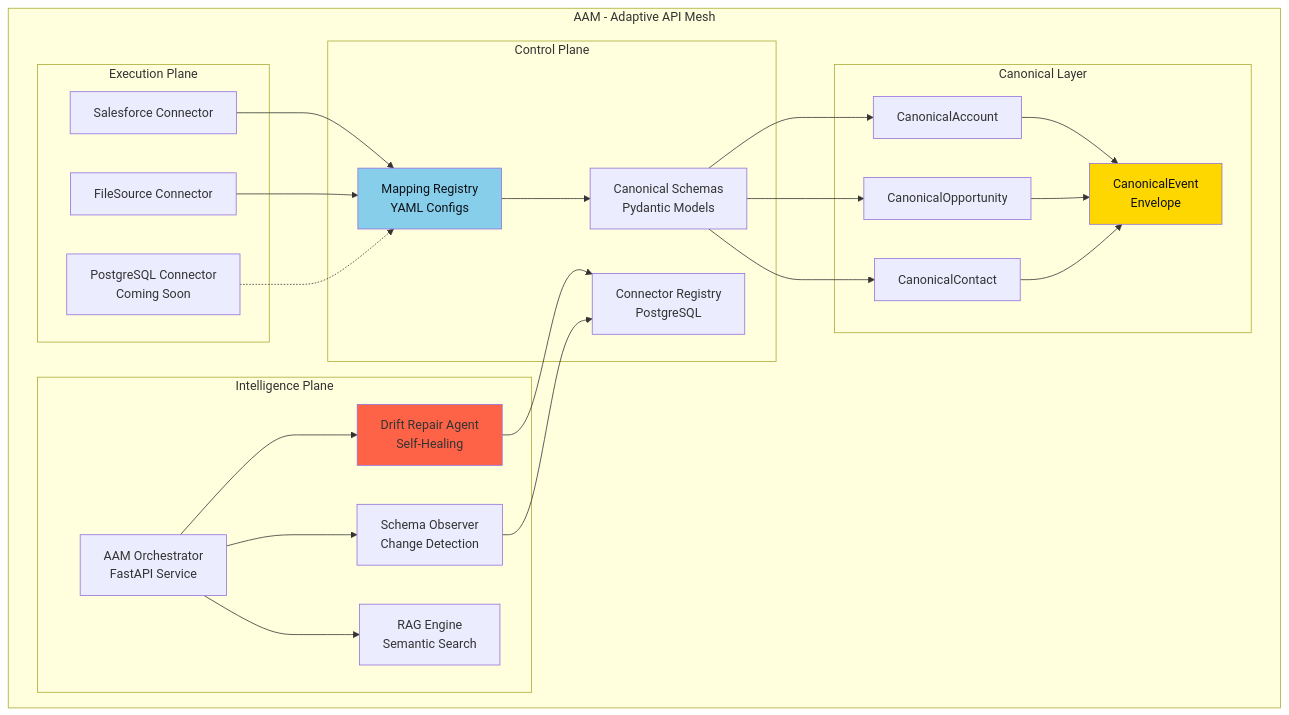
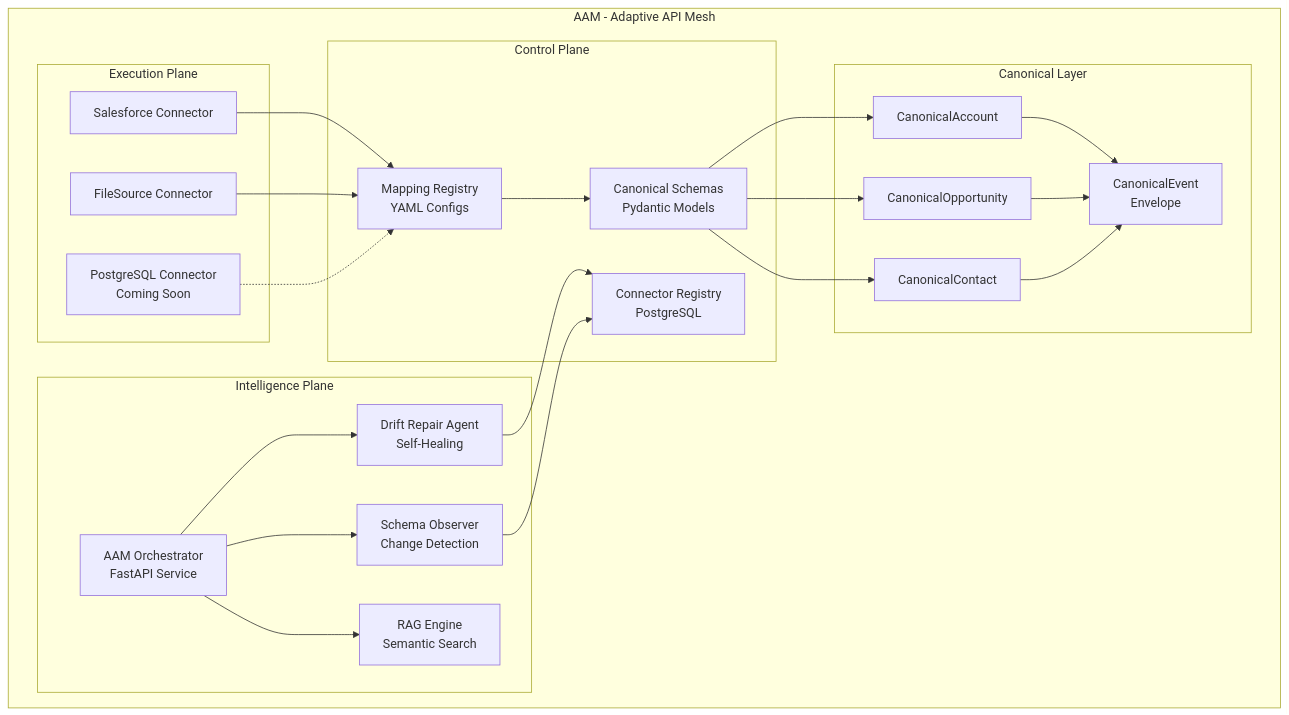
Before and after one commit to ilyacantor/autonomos-platform: the third of 8 diagrams in ARCHITECTURE.md, drawn with Mermaid. The commit also changed other lines of this file and 1 other file, not shown here.

First line of the commit message:
Reset formatting and update visuals for architecture documentation

````diff
--- a/ARCHITECTURE.md
+++ b/ARCHITECTURE.md
@@ -154,54 +142,51 @@
 ```mermaid
 graph TB
     subgraph "AAM - Adaptive API Mesh"
         subgraph "Intelligence Plane"
             ORCH[AAM Orchestrator<br/>FastAPI Service]
             DRIFT[Drift Repair Agent<br/>Self-Healing]
             SCHEMA_OBS[Schema Observer<br/>Change Detection]
             RAG_ENG[RAG Engine<br/>Semantic Search]
         end
 
         subgraph "Execution Plane"
             CONN_SF[Salesforce Connector]
             CONN_FS[FileSource Connector]
             CONN_PG[PostgreSQL Connector<br/>Coming Soon]
         end
 
         subgraph "Control Plane"
             MAP_REG[Mapping Registry<br/>YAML Configs]
             CANON_SCH[Canonical Schemas<br/>Pydantic Models]
             CONN_REG[Connector Registry<br/>PostgreSQL]
         end
 
         subgraph "Canonical Layer"
             CANON_ACC[CanonicalAccount]
             CANON_OPP[CanonicalOpportunity]
             CANON_CON[CanonicalContact]
             CANON_EVT[CanonicalEvent<br/>Envelope]
         end
     end
 
     CONN_SF --> MAP_REG
     CONN_FS --> MAP_REG
     CONN_PG -.-> MAP_REG
 
     MAP_REG --> CANON_SCH
     CANON_SCH --> CANON_ACC
     CANON_SCH --> CANON_OPP
     CANON_SCH --> CANON_CON
 
     CANON_ACC --> CANON_EVT
     CANON_OPP --> CANON_EVT
     CANON_CON --> CANON_EVT
 
     ORCH --> DRIFT
     ORCH --> SCHEMA_OBS
     ORCH --> RAG_ENG
 
     DRIFT --> CONN_REG
     SCHEMA_OBS --> CONN_REG
 
-    style CANON_EVT fill:#FFD700,color:#0D1117
-    style MAP_REG fill:#87CEEB,color:#0D1117
-    style DRIFT fill:#FF6347
 ```
````
